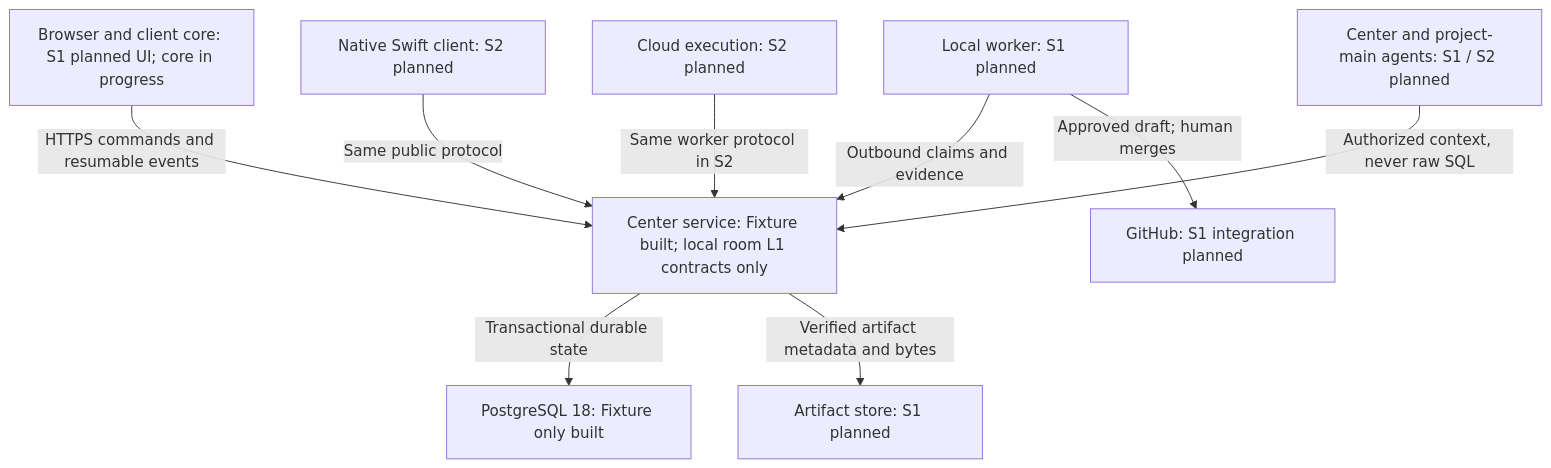
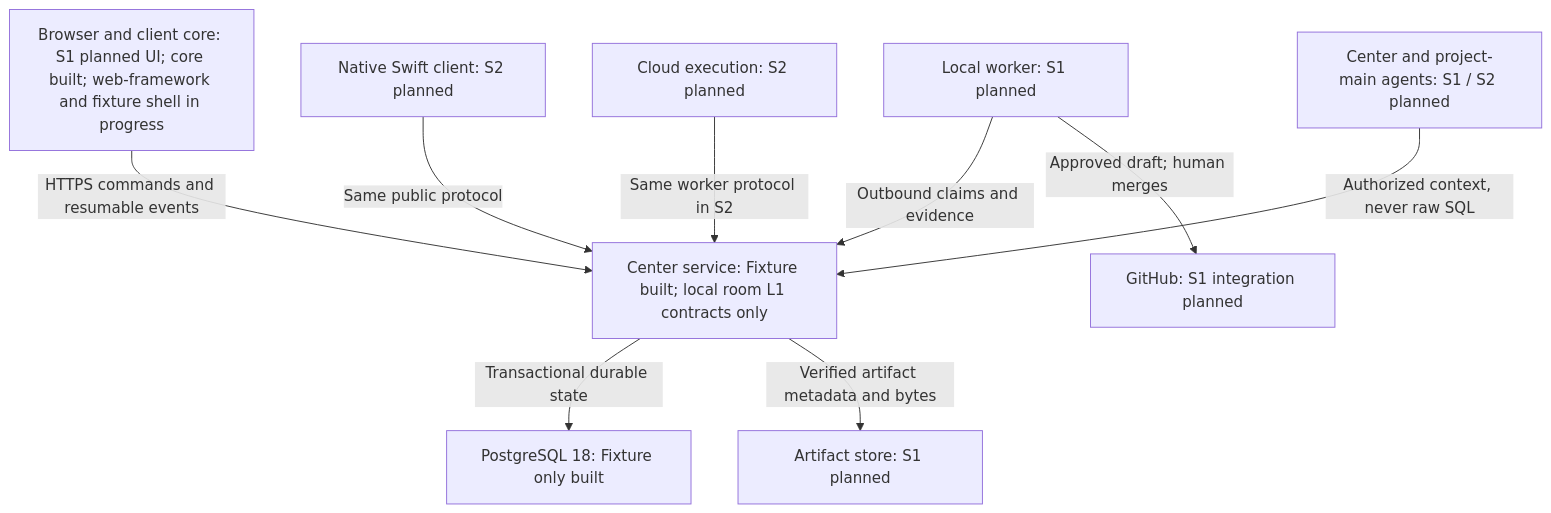
One commit to tayler-id/agent-team-workspace changed the first of 2 diagrams in docs/site/progress.md. Above: the diagram before and after it, drawn with Mermaid. The commit also changed other lines of this file and 43 other files, not shown here.

First line of the commit message:
feat: add web-framework one-writer Client and browser Host shell

````diff
--- a/docs/site/progress.md
+++ b/docs/site/progress.md
@@ -19,20 +19,20 @@
 ```mermaid
 flowchart TD
-  browser["Browser and client core: S1 planned UI; core in progress"]
+  browser["Browser and client core: S1 planned UI; core built; web-framework and fixture shell in progress"]
   center["Center service: Fixture built; local room L1 contracts only"]
   postgres["PostgreSQL 18: Fixture only built"]
   artifacts["Artifact store: S1 planned"]
   local["Local worker: S1 planned"]
   cloud["Cloud execution: S2 planned"]
   github["GitHub: S1 integration planned"]
   agents["Center and project-main agents: S1 / S2 planned"]
   native["Native Swift client: S2 planned"]
   browser -->|HTTPS commands and resumable events| center
   native -->|Same public protocol| center
   center -->|Transactional durable state| postgres
   center -->|Verified artifact metadata and bytes| artifacts
   local -->|Outbound claims and evidence| center
   cloud -->|Same worker protocol in S2| center
   local -->|Approved draft; human merges| github
   agents -->|Authorized context, never raw SQL| center
 ```
````
